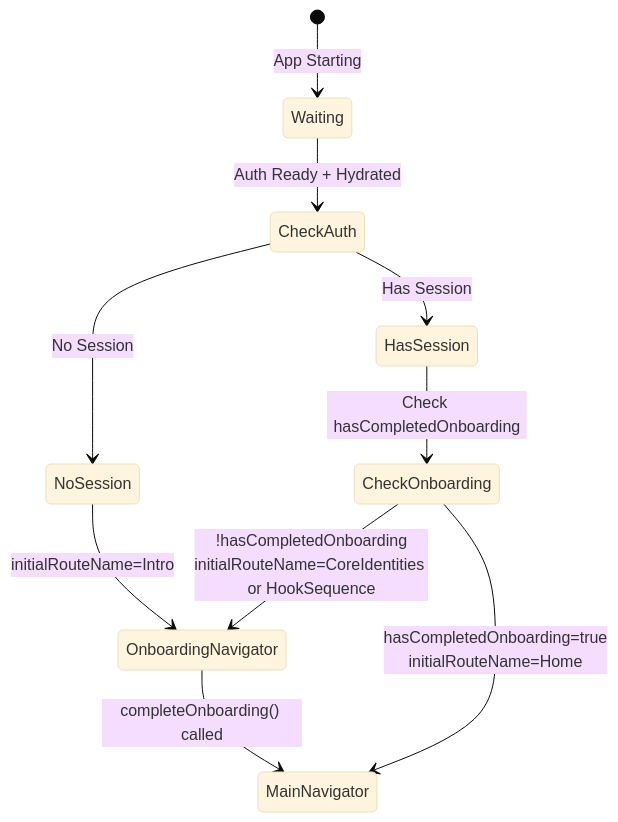
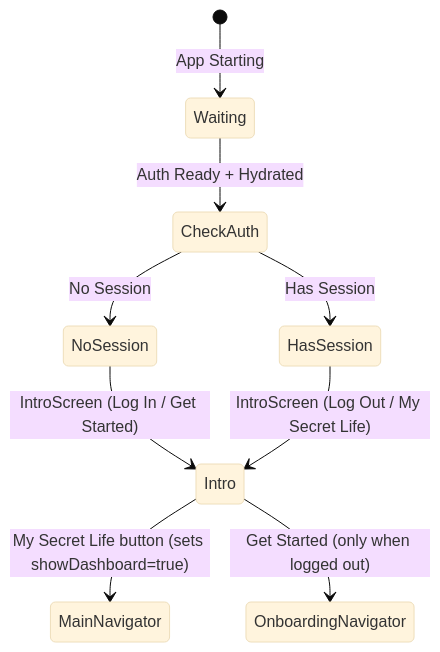
Before and after one commit to Mikububu/1-in-a-billion-paradise: the second of 5 diagrams in ARCHITECTURE.md, drawn with Mermaid (base theme). The commit also changed other lines of this file and 453 other files, not shown here.

````diff
--- a/ARCHITECTURE.md
+++ b/ARCHITECTURE.md
@@ -184,15 +253,13 @@
 ```mermaid
 stateDiagram-v2
     [*] --> Waiting: App Starting
     Waiting --> CheckAuth: Auth Ready + Hydrated
     CheckAuth --> NoSession: No Session
     CheckAuth --> HasSession: Has Session
     
-    NoSession --> OnboardingNavigator: initialRouteName=Intro
-    HasSession --> CheckOnboarding: Check hasCompletedOnboarding
+    NoSession --> Intro: IntroScreen (Log In / Get Started)
+    HasSession --> Intro: IntroScreen (Log Out / My Secret Life)
     
-    CheckOnboarding --> OnboardingNavigator: !hasCompletedOnboarding<br/>initialRouteName=CoreIdentities or HookSequence
-    CheckOnboarding --> MainNavigator: hasCompletedOnboarding=true<br/>initialRouteName=Home
-    
-    OnboardingNavigator --> MainNavigator: completeOnboarding() called
+    Intro --> MainNavigator: My Secret Life button (sets showDashboard=true)
+    Intro --> OnboardingNavigator: Get Started (only when logged out)
 ```
````
